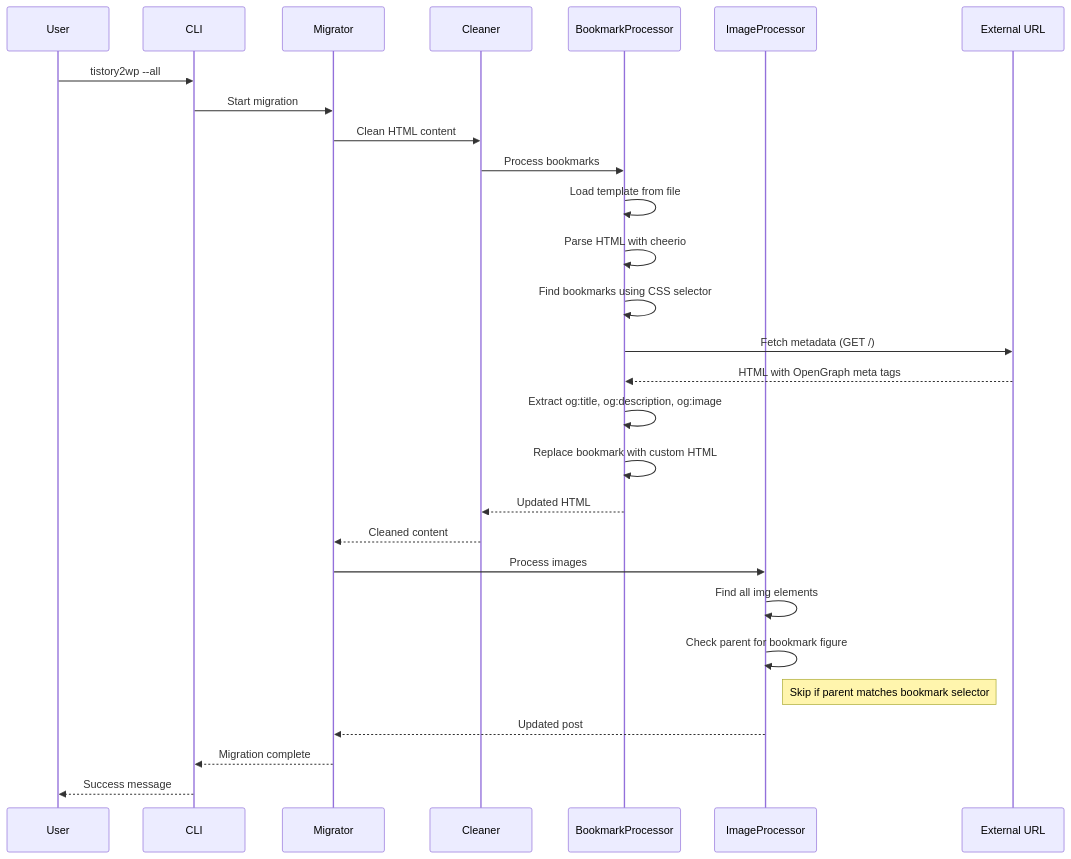
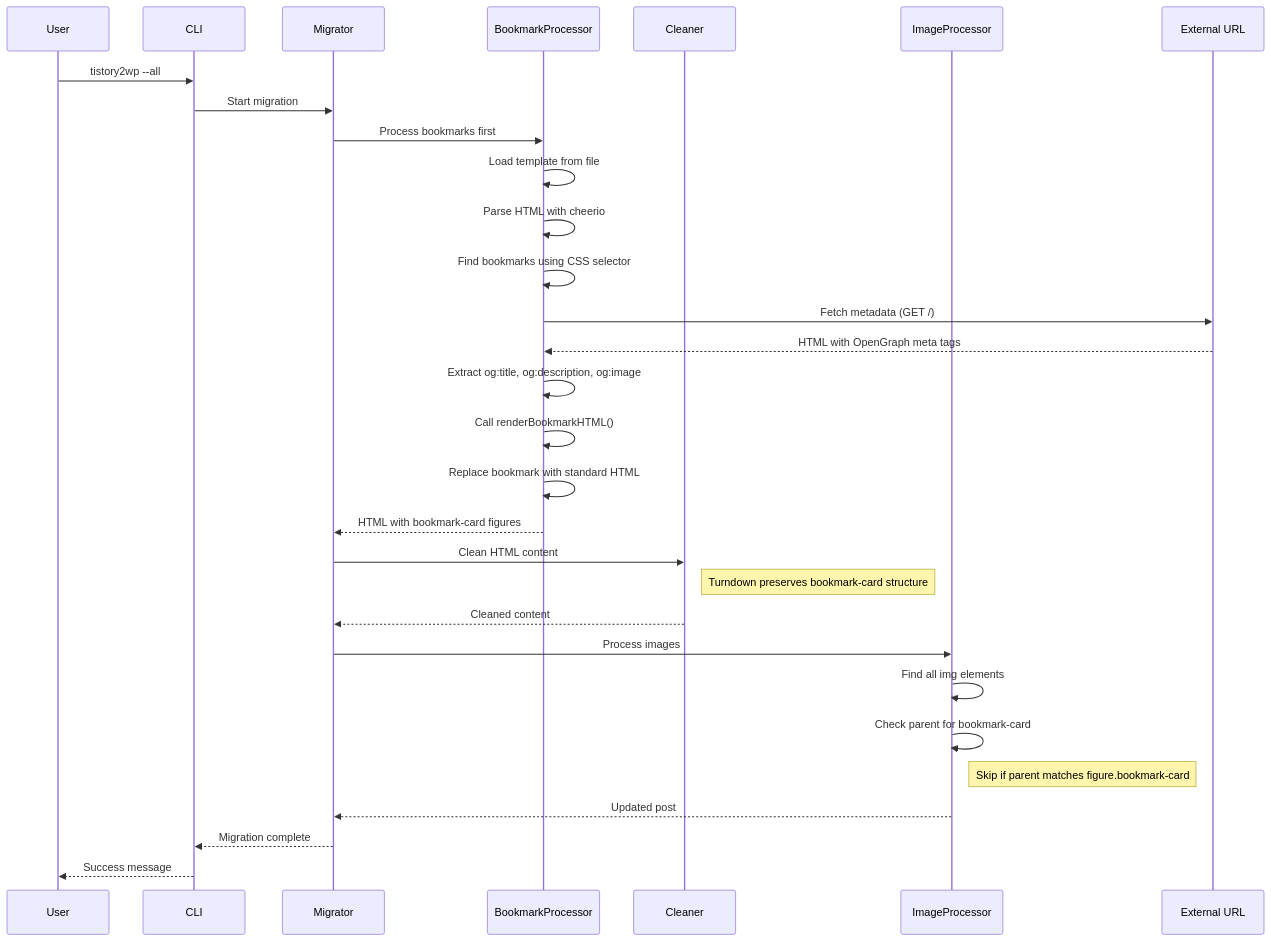
Before and after one commit to ramen4598/Tistory2WordPress: the second of 3 diagrams in specs/007-cli-help-option/sequence-diagram.md, drawn with Mermaid. The commit also changed other lines of this file and 8 other files, not shown here.

````diff
--- a/specs/007-cli-help-option/sequence-diagram.md
+++ b/specs/007-cli-help-option/sequence-diagram.md
@@ -36,31 +36,33 @@
 ```mermaid
 sequenceDiagram
     participant User
     participant CLI
     participant Migrator
+    participant BookmarkProcessor
     participant Cleaner
-    participant BookmarkProcessor
     participant ImageProcessor
     participant External URL
 
     User->>CLI: tistory2wp --all
     CLI->>Migrator: Start migration
-    Migrator->>Cleaner: Clean HTML content
-    Cleaner->>BookmarkProcessor: Process bookmarks
+    Migrator->>BookmarkProcessor: Process bookmarks first
     BookmarkProcessor->>BookmarkProcessor: Load template from file
     BookmarkProcessor->>BookmarkProcessor: Parse HTML with cheerio
     BookmarkProcessor->>BookmarkProcessor: Find bookmarks using CSS selector
     BookmarkProcessor->>External URL: Fetch metadata (GET /)
     External URL-->>BookmarkProcessor: HTML with OpenGraph meta tags
     BookmarkProcessor->>BookmarkProcessor: Extract og:title, og:description, og:image
-    BookmarkProcessor->>BookmarkProcessor: Replace bookmark with custom HTML
-    BookmarkProcessor-->>Cleaner: Updated HTML
+    BookmarkProcessor->>BookmarkProcessor: Call renderBookmarkHTML()
+    BookmarkProcessor->>BookmarkProcessor: Replace bookmark with standard HTML
+    BookmarkProcessor-->>Migrator: HTML with bookmark-card figures
+    Migrator->>Cleaner: Clean HTML content
+    Note right of Cleaner: Turndown preserves bookmark-card structure
     Cleaner-->>Migrator: Cleaned content
     Migrator->>ImageProcessor: Process images
     ImageProcessor->>ImageProcessor: Find all img elements
-    ImageProcessor->>ImageProcessor: Check parent for bookmark figure
-    Note right of ImageProcessor: Skip if parent matches bookmark selector
+    ImageProcessor->>ImageProcessor: Check parent for bookmark-card
+    Note right of ImageProcessor: Skip if parent matches figure.bookmark-card
     ImageProcessor-->>Migrator: Updated post
     Migrator-->>CLI: Migration complete
     CLI-->>User: Success message
 ```
````
